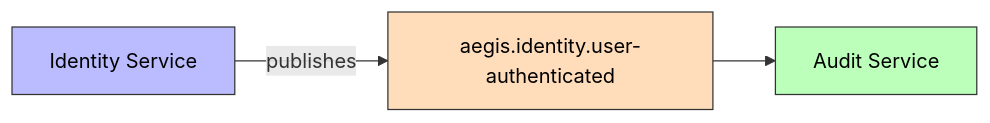
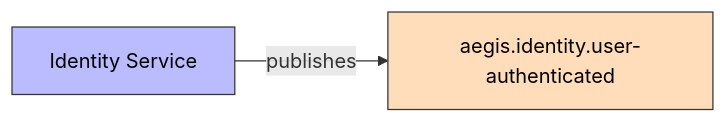
The first of 2 diagrams in docs/obsidian/03 - Domain Events/UserAuthenticated.md (AlexAlvarezGallardo-GitHub/Aegis), drawn with Mermaid before and after one commit. The commit also changed other lines of this file and 87 other files, not shown here.

````diff
--- a/docs/obsidian/03 - Domain Events/UserAuthenticated.md
+++ b/docs/obsidian/03 - Domain Events/UserAuthenticated.md
@@ -14,8 +14,6 @@
 ```mermaid
 graph LR
     Identity[Identity Service] -->|publishes| Topic[aegis.identity.user-authenticated]
-    Topic --> Audit[Audit Service]
     style Identity fill:#bbf,stroke:#333,color:#000
     style Topic fill:#fdb,stroke:#333,color:#000
-    style Audit fill:#bfb,stroke:#333,color:#000
 ```
````
